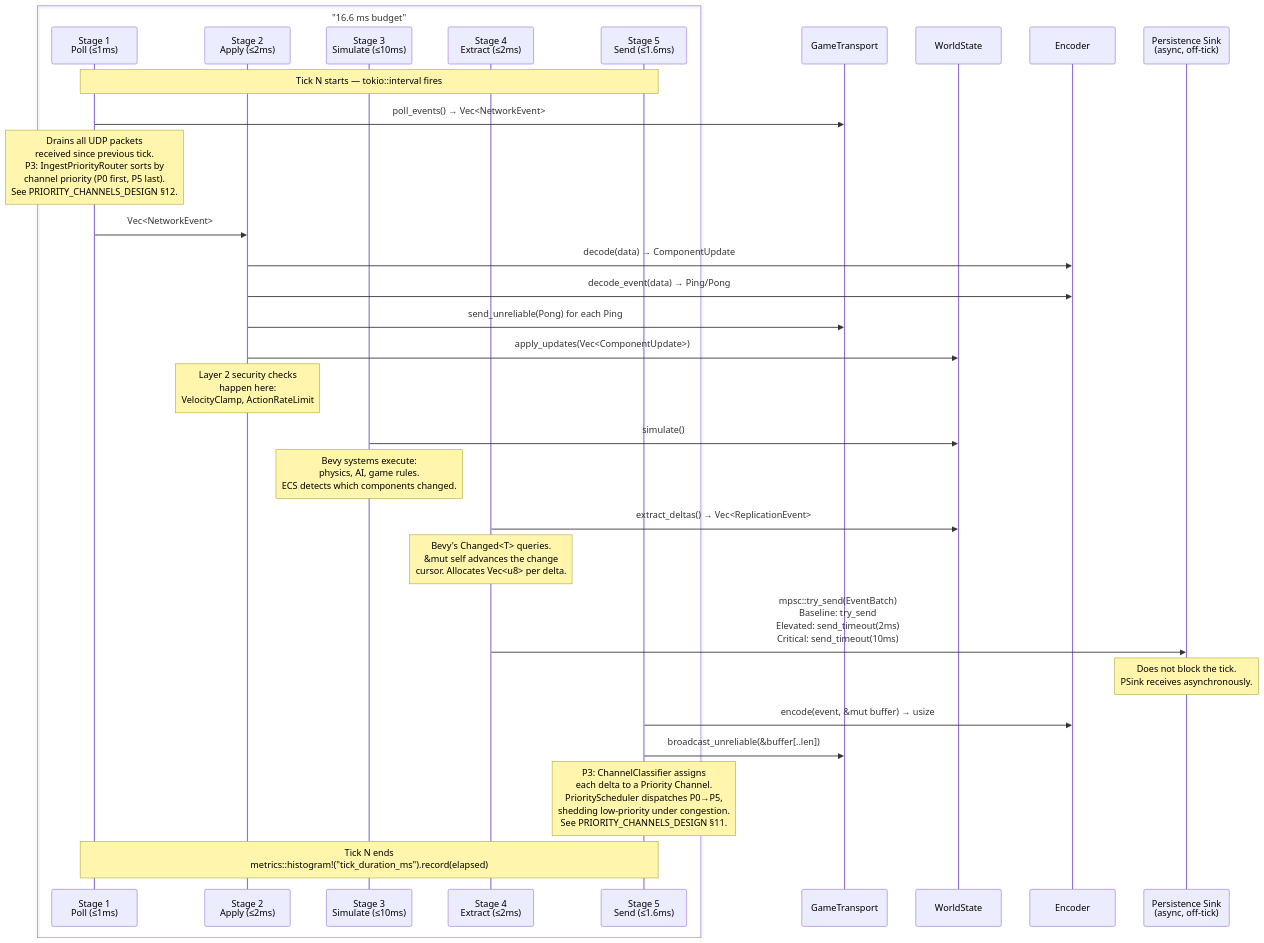
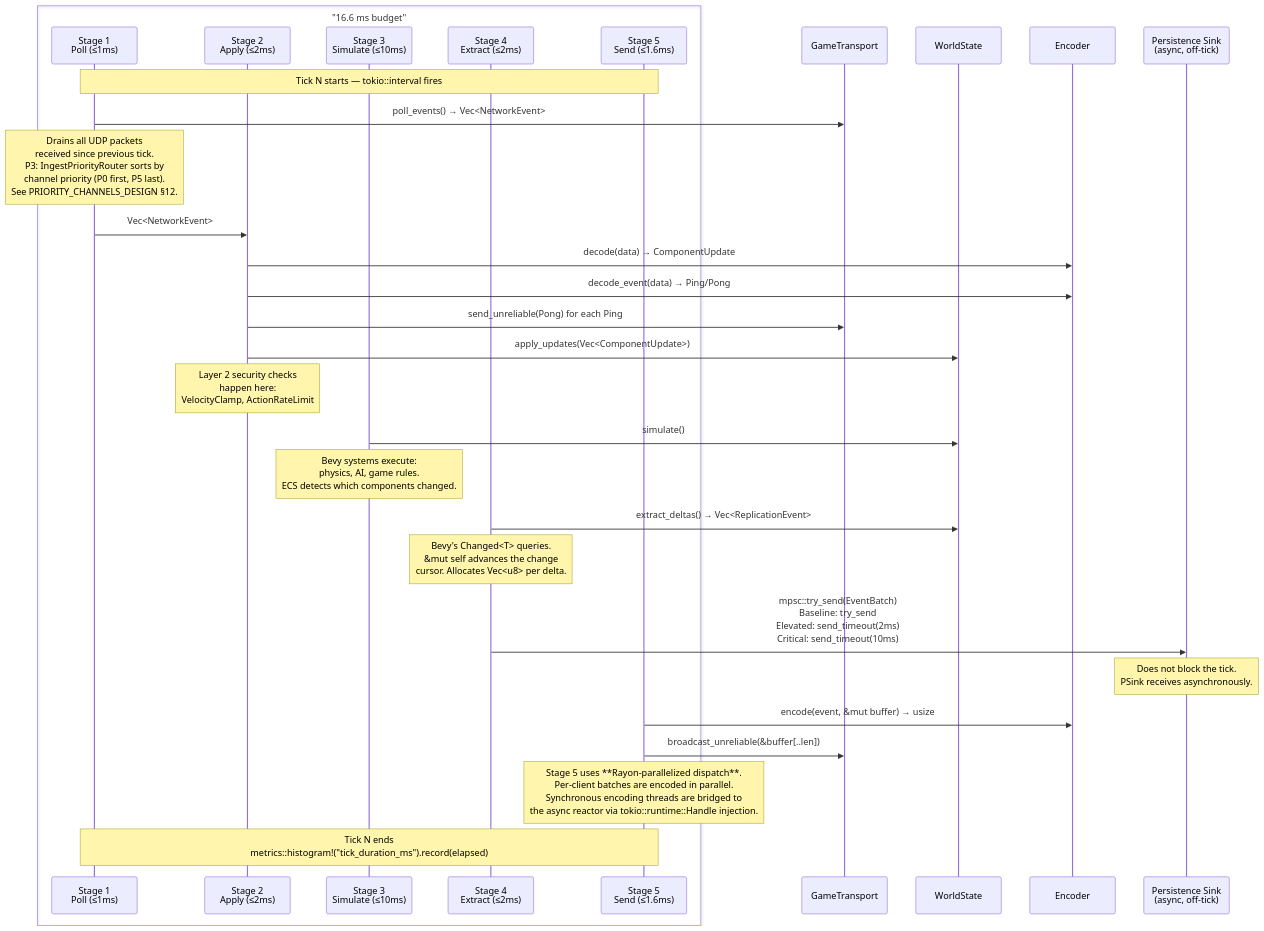
The fourth of 22 diagrams in docs/INTEGRATION_DESIGN.md (garnizeh-labs/aetheris-engine), drawn with Mermaid before and after one commit. The commit also changed other lines of this file and 10 other files, not shown here.

````diff
--- a/docs/INTEGRATION_DESIGN.md
+++ b/docs/INTEGRATION_DESIGN.md
@@ -259,42 +259,42 @@
 ```mermaid
 sequenceDiagram
     box "16.6 ms budget"
         participant S1 as Stage 1<br/>Poll (≤1ms)
         participant S2 as Stage 2<br/>Apply (≤2ms)
         participant S3 as Stage 3<br/>Simulate (≤10ms)
         participant S4 as Stage 4<br/>Extract (≤2ms)
         participant S5 as Stage 5<br/>Send (≤1.6ms)
     end
     participant TX as GameTransport
     participant WS as WorldState
     participant ENC as Encoder
     participant PSINK as Persistence Sink<br/>(async, off-tick)
 
     Note over S1,S5: Tick N starts — tokio::interval fires
 
     S1->>TX: poll_events() → Vec<NetworkEvent>
     Note over S1: Drains all UDP packets<br/>received since previous tick.<br/>P3: IngestPriorityRouter sorts by<br/>channel priority (P0 first, P5 last).<br/>See PRIORITY_CHANNELS_DESIGN §12.
 
     S1->>S2: Vec<NetworkEvent>
 
     S2->>ENC: decode(data) → ComponentUpdate
     S2->>ENC: decode_event(data) → Ping/Pong
     S2->>TX: send_unreliable(Pong) for each Ping
     S2->>WS: apply_updates(Vec<ComponentUpdate>)
     Note over S2: Layer 2 security checks<br/>happen here:<br/>VelocityClamp, ActionRateLimit
 
     S3->>WS: simulate()
     Note over S3: Bevy systems execute:<br/>physics, AI, game rules.<br/>ECS detects which components changed.
 
     S4->>WS: extract_deltas() → Vec<ReplicationEvent>
     Note over S4: Bevy's Changed<T> queries.<br/>&mut self advances the change<br/>cursor. Allocates Vec<u8> per delta.
 
     S4->>PSINK: mpsc::try_send(EventBatch)<br/>Baseline: try_send<br/>Elevated: send_timeout(2ms)<br/>Critical: send_timeout(10ms)
     Note over PSINK: Does not block the tick.<br/>PSink receives asynchronously.
 
     S5->>ENC: encode(event, &mut buffer) → usize
     S5->>TX: broadcast_unreliable(&buffer[..len])
-    Note over S5: P3: ChannelClassifier assigns<br/>each delta to a Priority Channel.<br/>PriorityScheduler dispatches P0→P5,<br/>shedding low-priority under congestion.<br/>See PRIORITY_CHANNELS_DESIGN §11.
+    Note over S5: Stage 5 uses **Rayon-parallelized dispatch**.<br/>Per-client batches are encoded in parallel.<br/>Synchronous encoding threads are bridged to<br/>the async reactor via tokio::runtime::Handle injection.
 
     Note over S1,S5: Tick N ends<br/>metrics::histogram!("tick_duration_ms").record(elapsed)
 ```
````
